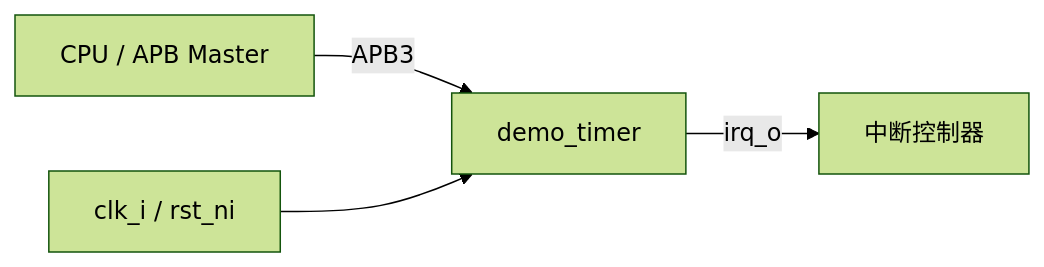
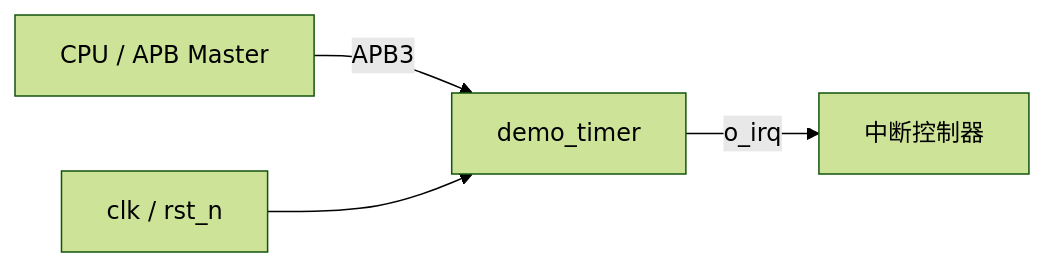
The diagram in plugins/rtl-flow/skills/rtl-design-flow/examples/demo_timer/doc/01_spec.md (rtl-workflow/rtl_doc_agent), drawn with Mermaid (forest theme) before and after one commit. The commit also changed other lines of this file and 41 other files, not shown here.

First line of the commit message:
rtl-flow 0.3.0: adopt Huawei Verilog coding standard

````diff
--- a/plugins/rtl-flow/skills/rtl-design-flow/examples/demo_timer/doc/01_spec.md
+++ b/plugins/rtl-flow/skills/rtl-design-flow/examples/demo_timer/doc/01_spec.md
@@ -18,6 +18,6 @@
 ```mermaid
 flowchart LR
   cpu[CPU / APB Master] -- APB3 --> timer[demo_timer]
-  timer -- irq_o --> intc[中断控制器]
-  clk[clk_i / rst_ni] --> timer
+  timer -- o_irq --> intc[中断控制器]
+  clk[clk / rst_n] --> timer
 ```
````
